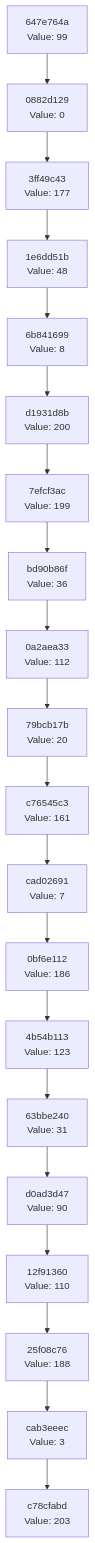
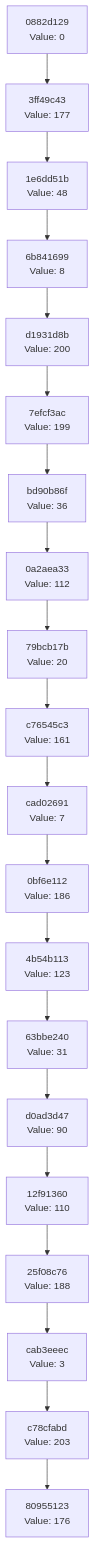
Before and after one commit to Abhisheksinha1506/hash-chain-evolver: the diagram in docs/CHAIN_VISUALIZATION.md, drawn with Mermaid. The commit also changed 3 other files, not shown here.

````diff
--- a/docs/CHAIN_VISUALIZATION.md
+++ b/docs/CHAIN_VISUALIZATION.md
@@ -3,42 +3,42 @@
 ```mermaid
 graph TD
-    C0["c78cfabd<br/>Value: 203"]
-    C1["cab3eeec<br/>Value: 3"]
+    C0["80955123<br/>Value: 176"]
+    C1["c78cfabd<br/>Value: 203"]
     C1 --> C0
-    C2["25f08c76<br/>Value: 188"]
+    C2["cab3eeec<br/>Value: 3"]
     C2 --> C1
-    C3["12f91360<br/>Value: 110"]
+    C3["25f08c76<br/>Value: 188"]
     C3 --> C2
-    C4["d0ad3d47<br/>Value: 90"]
+    C4["12f91360<br/>Value: 110"]
     C4 --> C3
-    C5["63bbe240<br/>Value: 31"]
+    C5["d0ad3d47<br/>Value: 90"]
     C5 --> C4
-    C6["4b54b113<br/>Value: 123"]
+    C6["63bbe240<br/>Value: 31"]
     C6 --> C5
-    C7["0bf6e112<br/>Value: 186"]
+    C7["4b54b113<br/>Value: 123"]
     C7 --> C6
-    C8["cad02691<br/>Value: 7"]
+    C8["0bf6e112<br/>Value: 186"]
     C8 --> C7
-    C9["c76545c3<br/>Value: 161"]
+    C9["cad02691<br/>Value: 7"]
     C9 --> C8
-    C10["79bcb17b<br/>Value: 20"]
+    C10["c76545c3<br/>Value: 161"]
     C10 --> C9
-    C11["0a2aea33<br/>Value: 112"]
+    C11["79bcb17b<br/>Value: 20"]
     C11 --> C10
-    C12["bd90b86f<br/>Value: 36"]
+    C12["0a2aea33<br/>Value: 112"]
     C12 --> C11
-    C13["7efcf3ac<br/>Value: 199"]
+    C13["bd90b86f<br/>Value: 36"]
     C13 --> C12
-    C14["d1931d8b<br/>Value: 200"]
+    C14["7efcf3ac<br/>Value: 199"]
     C14 --> C13
-    C15["6b841699<br/>Value: 8"]
+    C15["d1931d8b<br/>Value: 200"]
     C15 --> C14
-    C16["1e6dd51b<br/>Value: 48"]
+    C16["6b841699<br/>Value: 8"]
     C16 --> C15
-    C17["3ff49c43<br/>Value: 177"]
+    C17["1e6dd51b<br/>Value: 48"]
     C17 --> C16
-    C18["0882d129<br/>Value: 0"]
+    C18["3ff49c43<br/>Value: 177"]
     C18 --> C17
-    C19["647e764a<br/>Value: 99"]
+    C19["0882d129<br/>Value: 0"]
     C19 --> C18
 ```
````
